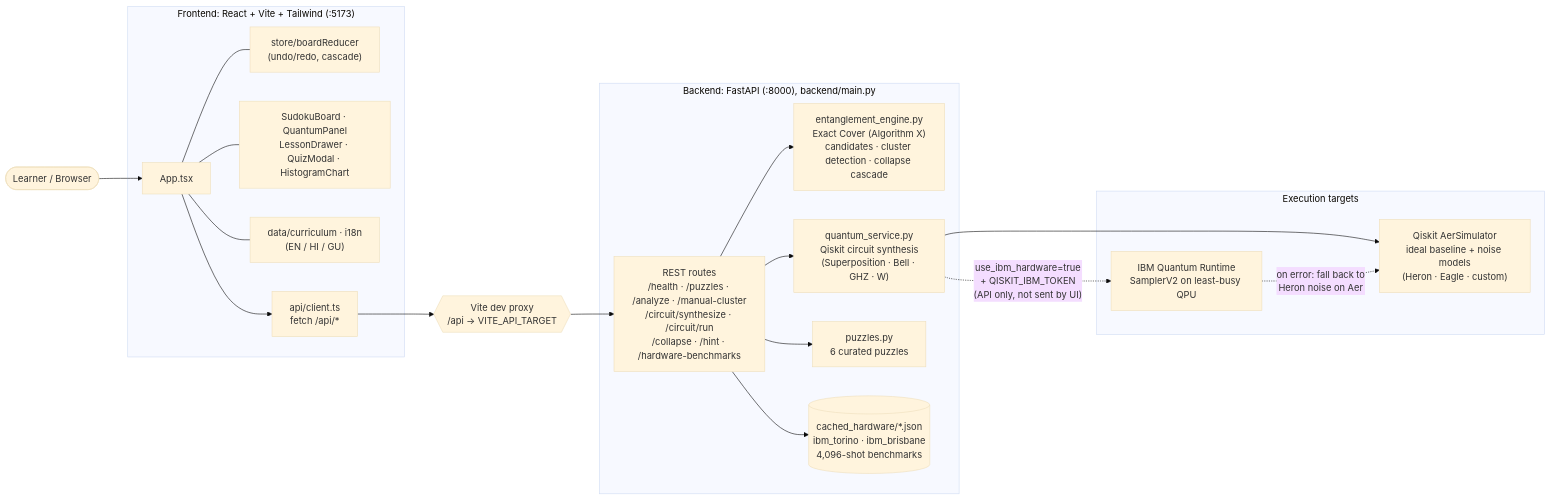
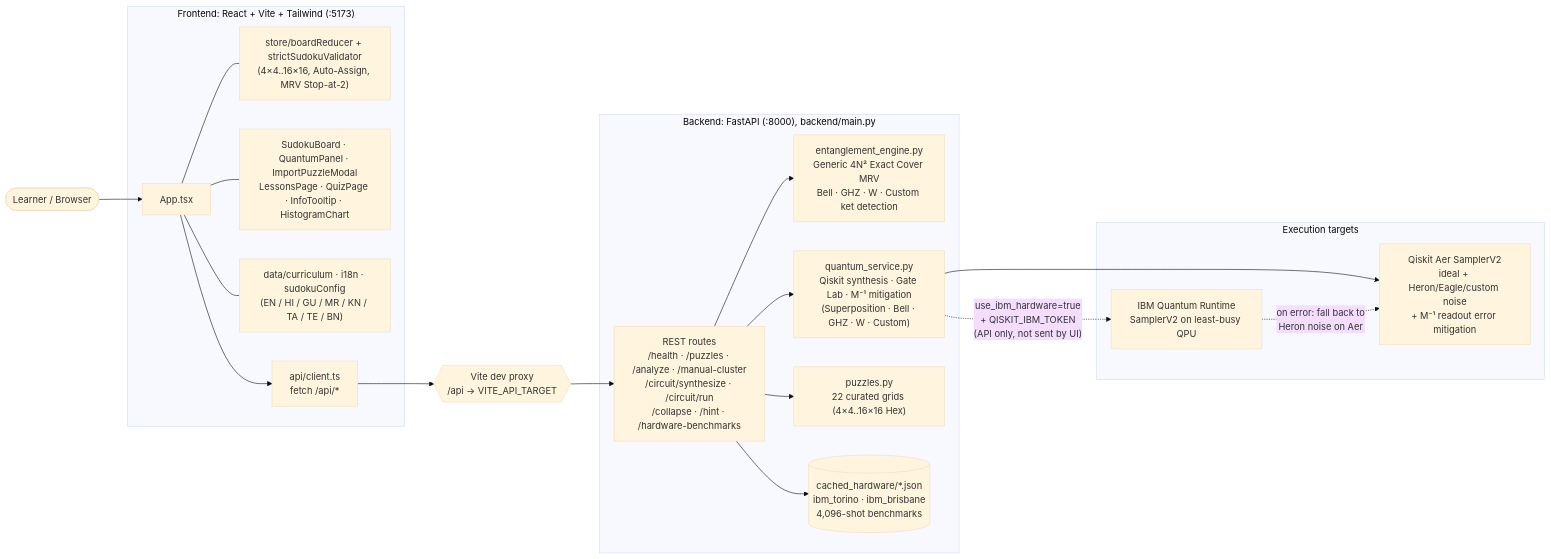
One commit to IBM-Qiskit-Fall-Fest-2026-Hackathon/Qudoku changed the diagram in README.md. Above: the diagram before and after it, drawn with Mermaid (base theme). The commit also changed other lines of this file and 33 other files, not shown here.

````diff
--- a/README.md
+++ b/README.md
@@ -47,41 +91,41 @@
 ```mermaid
 flowchart LR
     User([Learner / Browser])
 
     subgraph FE["Frontend: React + Vite + Tailwind (:5173)"]
         App["App.tsx"]
-        Store["store/boardReducer<br/>(undo/redo, cascade)"]
-        Comps["SudokuBoard · QuantumPanel<br/>LessonDrawer · QuizModal · HistogramChart"]
-        Data["data/curriculum · i18n<br/>(EN / HI / GU)"]
+        Store["store/boardReducer + strictSudokuValidator<br/>(4×4..16×16, Auto-Assign, MRV Stop-at-2)"]
+        Comps["SudokuBoard · QuantumPanel · ImportPuzzleModal<br/>LessonsPage · QuizPage · InfoTooltip · HistogramChart"]
+        Data["data/curriculum · i18n · sudokuConfig<br/>(EN / HI / GU / MR / KN / TA / TE / BN)"]
         Client["api/client.ts<br/>fetch /api/*"]
         App --- Store
         App --- Comps
         App --- Data
         App --> Client
     end
 
     Proxy{{"Vite dev proxy<br/>/api → VITE_API_TARGET"}}
 
     subgraph BE["Backend: FastAPI (:8000), backend/main.py"]
         Routes["REST routes<br/>/health · /puzzles · /analyze · /manual-cluster<br/>/circuit/synthesize · /circuit/run<br/>/collapse · /hint · /hardware-benchmarks"]
-        Engine["entanglement_engine.py<br/>Exact Cover (Algorithm X)<br/>candidates · cluster detection · collapse cascade"]
-        Quantum["quantum_service.py<br/>Qiskit circuit synthesis<br/>(Superposition · Bell · GHZ · W)"]
-        Puzzles["puzzles.py<br/>6 curated puzzles"]
+        Engine["entanglement_engine.py<br/>Generic 4N² Exact Cover MRV<br/>Bell · GHZ · W · Custom ket detection"]
+        Quantum["quantum_service.py<br/>Qiskit synthesis · Gate Lab · M⁻¹ mitigation<br/>(Superposition · Bell · GHZ · W · Custom)"]
+        Puzzles["puzzles.py<br/>22 curated grids (4×4..16×16 Hex)"]
         Cache[("cached_hardware/*.json<br/>ibm_torino · ibm_brisbane<br/>4,096-shot benchmarks")]
     end
 
     subgraph EXEC["Execution targets"]
-        Aer["Qiskit AerSimulator<br/>ideal baseline + noise models<br/>(Heron · Eagle · custom)"]
+        Aer["Qiskit Aer SamplerV2<br/>ideal + Heron/Eagle/custom noise<br/>+ M⁻¹ readout error mitigation"]
         IBM["IBM Quantum Runtime<br/>SamplerV2 on least-busy QPU"]
     end
 
     User --> App
     Client --> Proxy --> Routes
     Routes --> Engine
     Routes --> Quantum
     Routes --> Puzzles
     Routes --> Cache
     Quantum --> Aer
     Quantum -. "use_ibm_hardware=true<br/>+ QISKIT_IBM_TOKEN<br/>(API only, not sent by UI)" .-> IBM
     IBM -. "on error: fall back to<br/>Heron noise on Aer" .-> Aer
 ```
````
